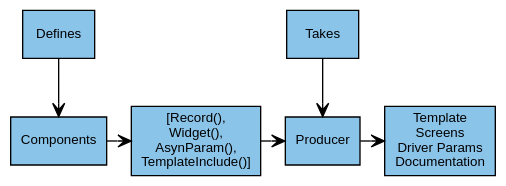
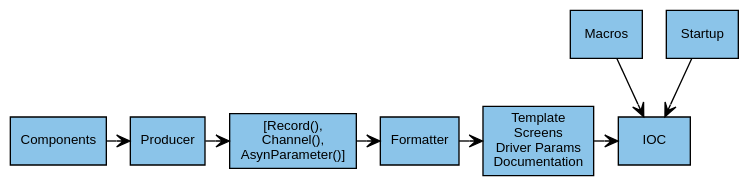
Before and after one commit to epics-containers/pvi: the second of 2 diagrams in docs/index.rst, drawn with Graphviz. The commit also changed other lines of this file and 16 other files, not shown here.

```diff
--- a/docs/index.rst
+++ b/docs/index.rst
@@ -111,12 +126,12 @@
 .. digraph:: pvi_products
 
     bgcolor=transparent
     node [fontname=Arial fontsize=10 shape=box style=filled fillcolor="#8BC4E9"]
     edge [fontname=Arial fontsize=10 arrowhead=vee]
 
-    Intermediate [label="[Record(),\n Widget(),\n AsynParam(), \nTemplateInclude()]"]
+    Intermediate [label="[Record(),\n Channel(),\n AsynParameter()]"]
     Products [label="Template\nScreens\nDriver Params\nDocumentation"]
 
-    {rank=same; Components -> Intermediate -> Producer -> Products}
-    Defines -> Components
-    Takes -> Producer
+    {rank=same; Components -> Producer -> Intermediate -> Formatter -> Products -> IOC}
+    Macros -> IOC
+    Startup -> IOC
```
